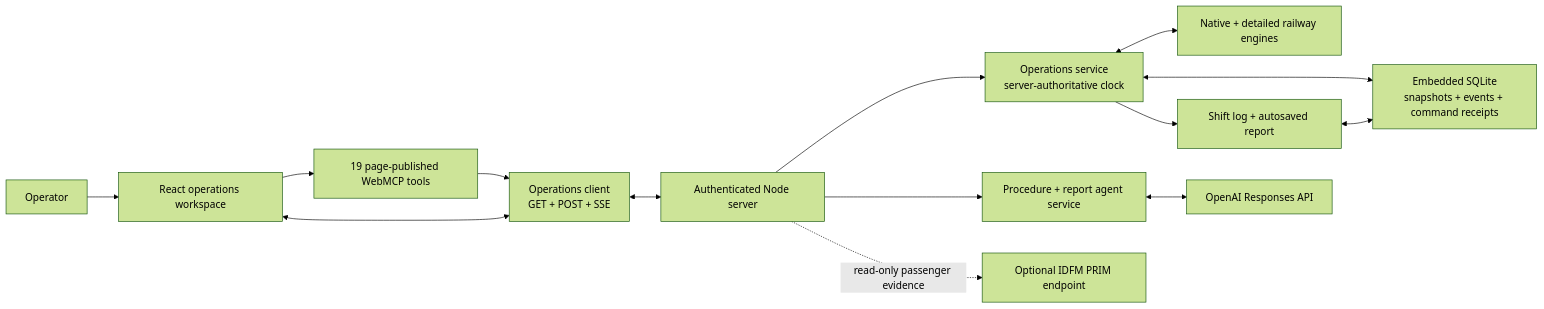
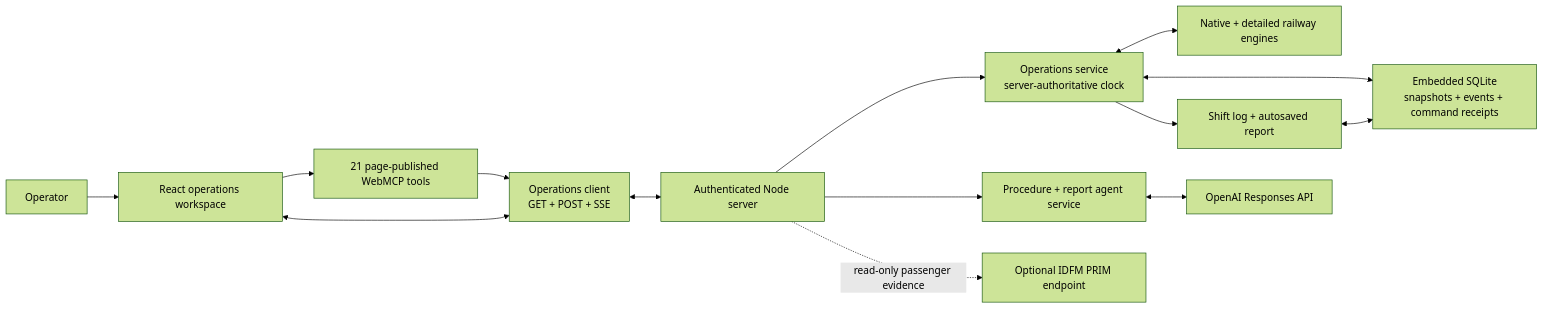
Before and after one commit to HackInvent/icc-webmcp-demo: the first of 3 diagrams in docs/architecture.md, drawn with Mermaid (forest theme). The commit also changed 71 other files, not shown here.

````diff
--- a/docs/architecture.md
+++ b/docs/architecture.md
@@ -16,29 +16,29 @@
 ```mermaid
 flowchart LR
   Operator["Operator"]
   Browser["React operations workspace"]
-  Tools["19 page-published WebMCP tools"]
+  Tools["21 page-published WebMCP tools"]
   Client["Operations client\nGET + POST + SSE"]
   Http["Authenticated Node server"]
   Service["Operations service\nserver-authoritative clock"]
   Engines["Native + detailed railway engines"]
   Store["Embedded SQLite\nsnapshots + events + command receipts"]
   Shift["Shift log + autosaved report"]
   Agent["Procedure + report agent service"]
   OpenAI["OpenAI Responses API"]
   Prim["Optional IDFM PRIM endpoint"]
 
   Operator --> Browser
   Browser --> Tools
   Tools --> Client
   Browser <--> Client
   Client <--> Http
   Http --> Service
   Service <--> Engines
   Service <--> Store
   Service --> Shift
   Shift <--> Store
   Http --> Agent
   Agent <--> OpenAI
   Http -. "read-only passenger evidence" .-> Prim
 ```
````
